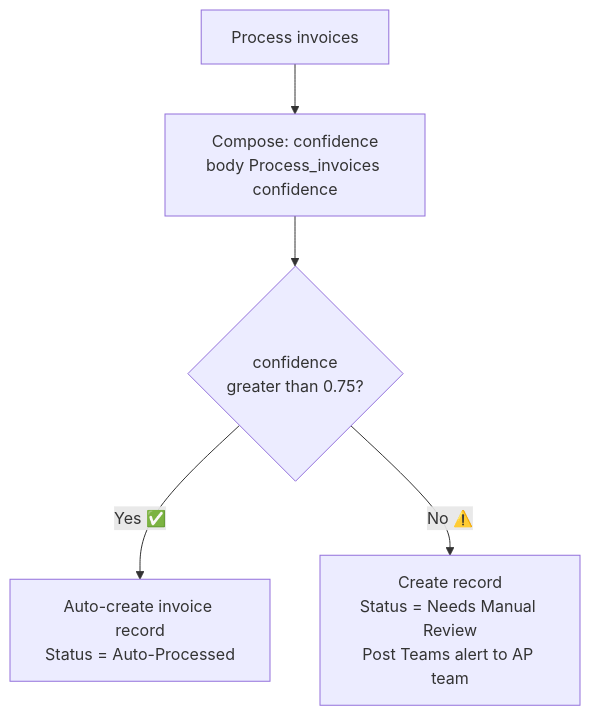
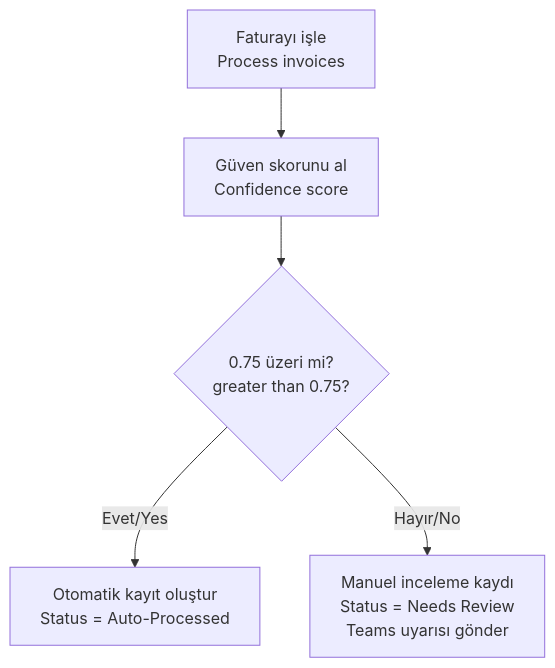
The second of 3 diagrams in connectors/ai-builder.md (vahid-farajijobehdar-kariyer-arge/power-automate-wiki), drawn with Mermaid before and after one commit. The commit also changed other lines of this file and 8 other files, not shown here.

````diff
--- a/connectors/ai-builder.md
+++ b/connectors/ai-builder.md
@@ -145,7 +176,7 @@
 ```mermaid
 flowchart TD
-    PI[Process invoices] --> COMP[Compose: confidence\nbody Process_invoices confidence]
-    COMP --> COND{confidence\ngreater than 0.75?}
-    COND -->|Yes ✅| AUTO[Auto-create invoice record\nStatus = Auto-Processed]
-    COND -->|No ⚠️| MANUAL[Create record\nStatus = Needs Manual Review\nPost Teams alert to AP team]
+    PI[Faturayı işle\nProcess invoices] --> COMP[Güven skorunu al\nConfidence score]
+    COMP --> COND{0.75 üzeri mi?\ngreater than 0.75?}
+    COND -->|Evet/Yes| AUTO[Otomatik kayıt oluştur\nStatus = Auto-Processed]
+    COND -->|Hayır/No| MANUAL[Manuel inceleme kaydı\nStatus = Needs Review\nTeams uyarısı gönder]
 ```
````
